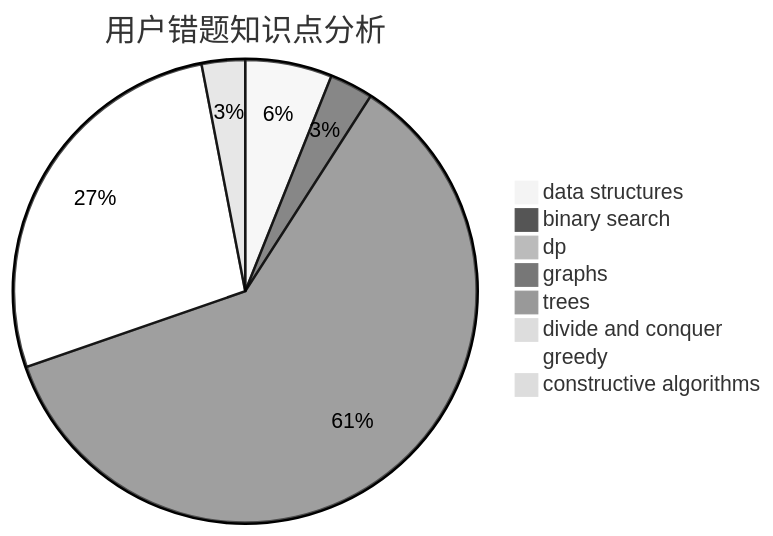
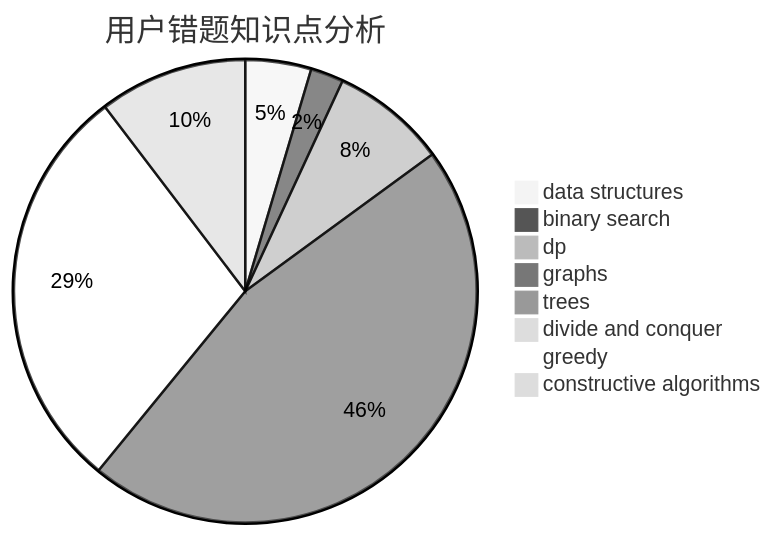
One commit to sherpahu/cfrs.github.io changed the third of 3 diagrams in docs/user/u714.md. Above: the diagram before and after it, drawn with Mermaid (neutral theme). The commit also changed other lines of this file and 2770 other files, not shown here.

````diff
--- a/docs/user/u714.md
+++ b/docs/user/u714.md
@@ -36,11 +36,11 @@
 ```mermaid
 pie title 用户错题知识点分析
     "data structures" :  4
     "binary search" :  2
-    "dp" :  0
+    "dp" :  7
     "graphs" :  40
     "trees" :  0
     "divide and conquer" :  0
-    "greedy" :  18
-    "constructive algorithms" :  2
+    "greedy" :  25
+    "constructive algorithms" :  9
 ```
````
